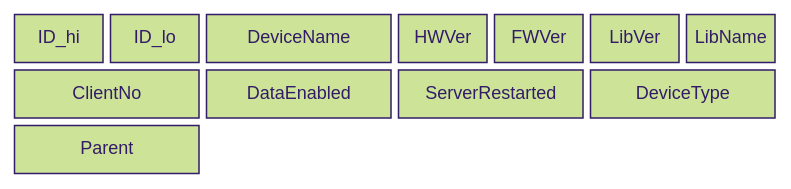
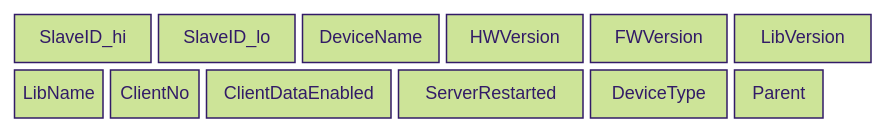
One commit to sebaJoSt/blaeck-protocol changed the fifth of 5 diagrams in protocol/frames/devices.md. Above: the diagram before and after it, drawn with Mermaid (forest theme). The commit also changed other lines of this file and 4 other files, not shown here.

First line of the commit message:
Use canonical element names in all Mermaid diagrams and tables

````diff
--- a/protocol/frames/devices.md
+++ b/protocol/frames/devices.md
@@ -153,21 +153,21 @@
 ```mermaid
 ---
 config:
   packet:
     showBits: false
-    bitsPerRow: 16
+    bitsPerRow: 18
 ---
 packet-beta
-  0-1: "ID_hi"
-  2-3: "ID_lo"
-  4-7: "DeviceName"
-  8-9: "HWVer"
-  10-11: "FWVer"
-  12-13: "LibVer"
-  14-15: "LibName"
-  16-19: "ClientNo"
-  20-23: "DataEnabled"
-  24-27: "ServerRestarted"
-  28-31: "DeviceType"
-  32-35: "Parent"
+  0-2: "SlaveID_hi"
+  3-5: "SlaveID_lo"
+  6-8: "DeviceName"
+  9-11: "HWVersion"
+  12-14: "FWVersion"
+  15-17: "LibVersion"
+  18-19: "LibName"
+  20-21: "ClientNo"
+  22-25: "ClientDataEnabled"
+  26-29: "ServerRestarted"
+  30-32: "DeviceType"
+  33-34: "Parent"
 ```
````
